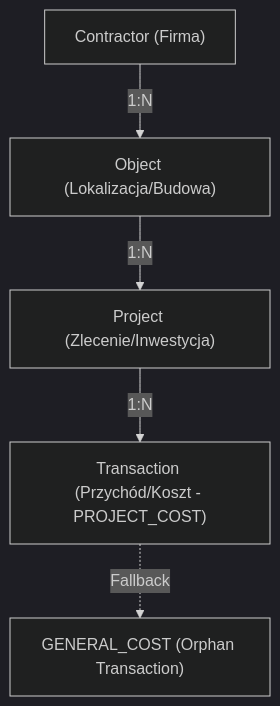
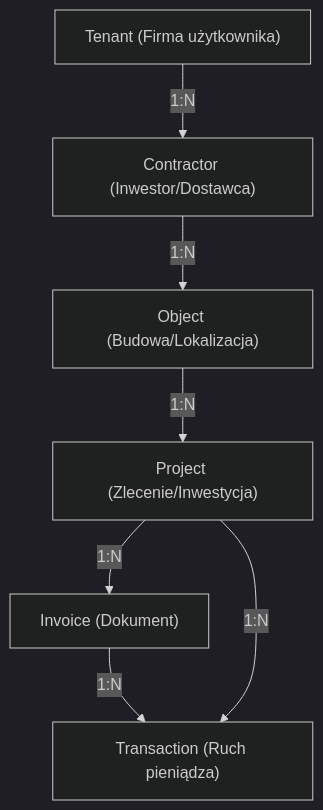
Before and after one commit to adisarecki/sig-erp-prod: the diagram in docs/AI_look.md, drawn with Mermaid (dark theme). The commit also changed other lines of this file and 7 other files, not shown here.

Commit message:
feat: Contractor Refactor, NIP Unique Fix (Bug #012) & General Cost Logic Implementation

````diff
--- a/docs/AI_look.md
+++ b/docs/AI_look.md
@@ -33,7 +37,9 @@
 ```mermaid
 graph TD
-    Contractor["Contractor (Firma)"] -->|1:N| Object["Object (Lokalizacja/Budowa)"]
+    Tenant["Tenant (Firma użytkownika)"] -->|1:N| Contractor["Contractor (Inwestor/Dostawca)"]
+    Contractor -->|1:N| Object["Object (Budowa/Lokalizacja)"]
     Object -->|1:N| Project["Project (Zlecenie/Inwestycja)"]
-    Project -->|1:N| Transaction["Transaction (Przychód/Koszt - PROJECT_COST)"]
-    Transaction -.->|Fallback| General["GENERAL_COST (Orphan Transaction)"]
+    Project -->|1:N| Invoice["Invoice (Dokument)"]
+    Invoice -->|1:N| Transaction["Transaction (Ruch pieniądza)"]
+    Project -->|1:N| Transaction
 ```
````
